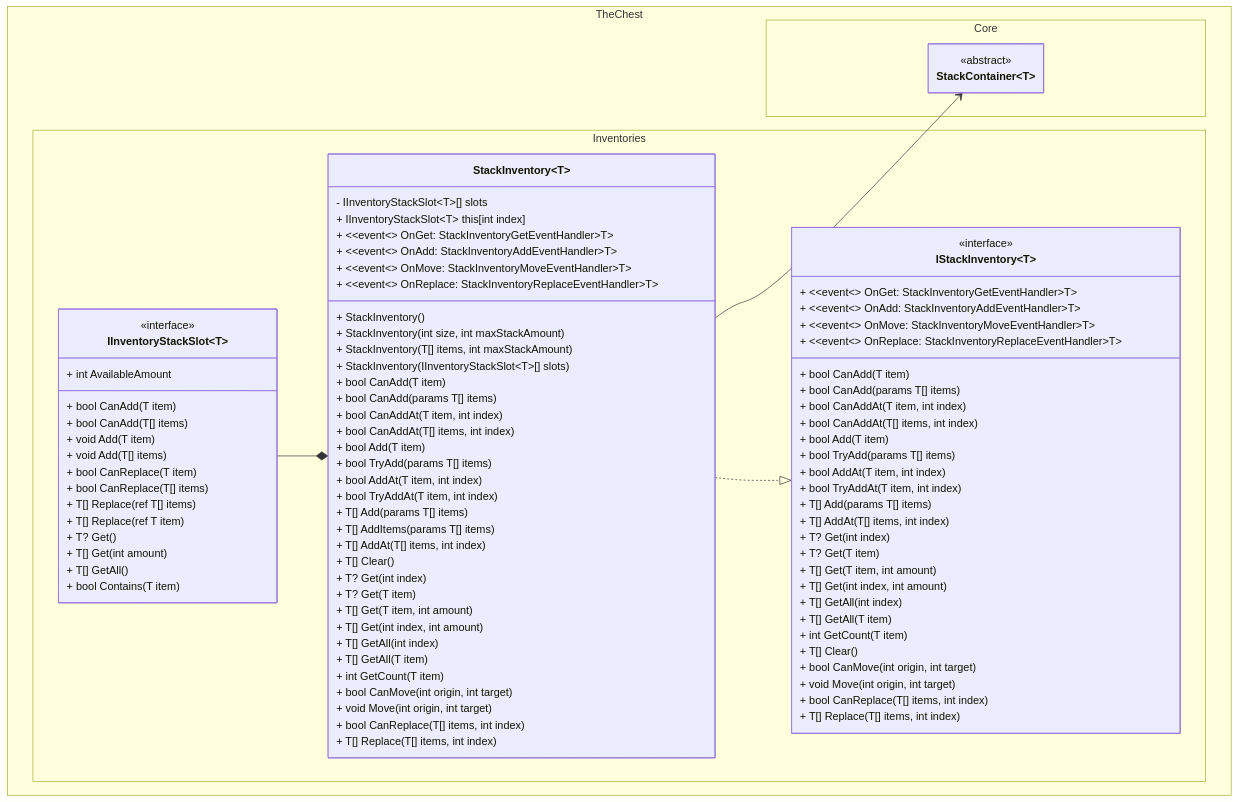
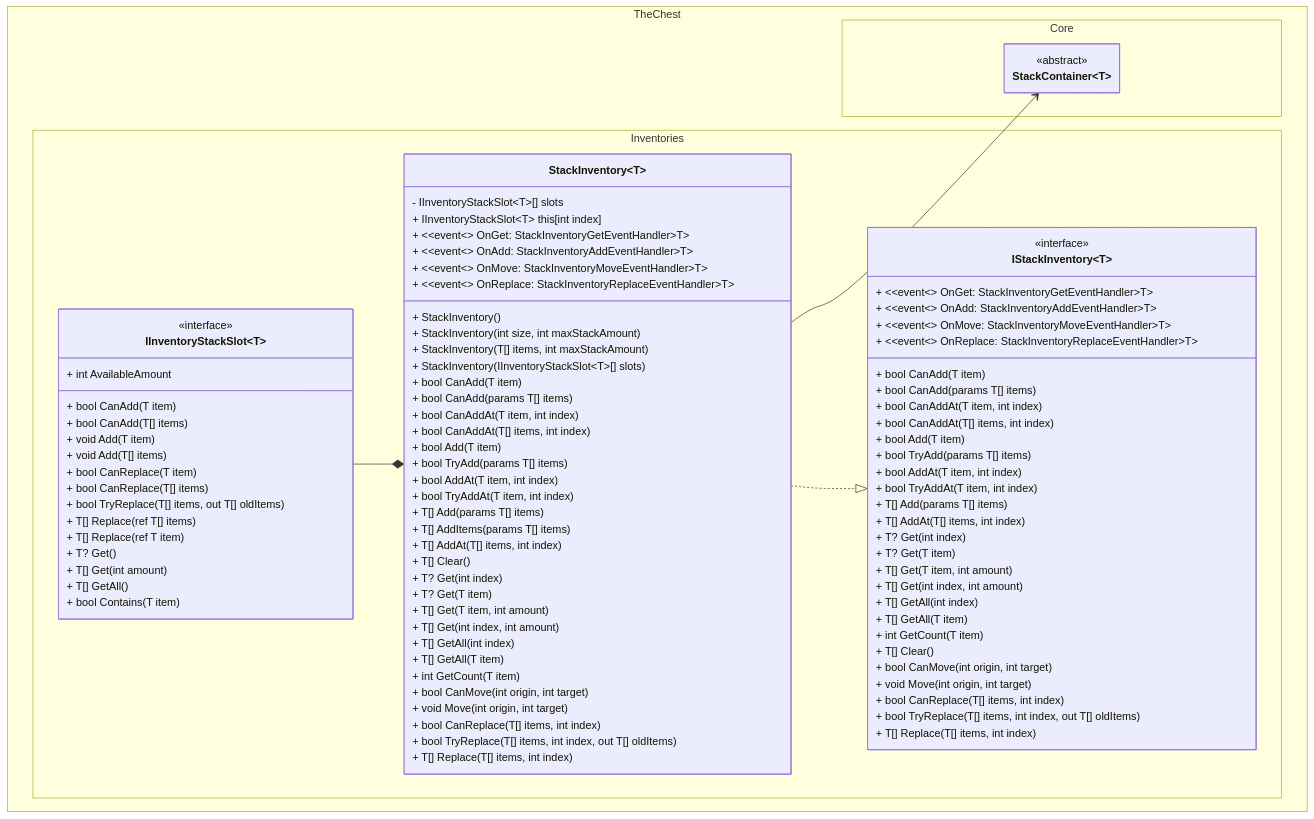
Before and after one commit to The-Chest/TheChest.Inventories: the first of 2 diagrams in docs/stack_inventory/class_diagram.md, drawn with Mermaid. The commit also changed other lines of this file and 7 other files, not shown here.

First line of the commit message:
Adds TryReplace to Stack Inventory

```diff
--- a/docs/stack_inventory/class_diagram.md
+++ b/docs/stack_inventory/class_diagram.md
@@ -60,6 +60,7 @@
             + void Move(int origin, int target)
 
             + bool CanReplace(T[] items, int index)
+            + bool TryReplace(T[] items, int index, out T[] oldItems)
             + T[] Replace(T[] items, int index)
         }    
         class IInventoryStackSlot~T~ {
@@ -72,6 +73,7 @@
 
             + bool CanReplace(T item)
             + bool CanReplace(T[] items)
+            + bool TryReplace(T[] items, out T[] oldItems)
             + T[] Replace(ref T[] items)
             + T[] Replace(ref T item)
 
@@ -114,6 +116,7 @@
             + void Move(int origin, int target)
 
             + bool CanReplace(T[] items, int index)
+            + bool TryReplace(T[] items, int index, out T[] oldItems)
             + T[] Replace(T[] items, int index)
         }
     }
```
